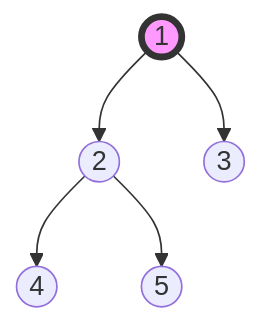
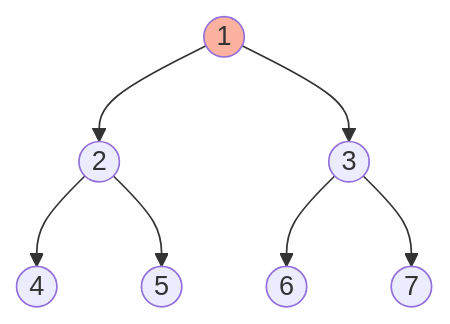
Before and after one commit to srinivasboini/interview-prep: the diagram in algorithms/algorithms/06-trees-binary-trees.md, drawn with Mermaid. The commit also changed other lines of this file and 50 other files, not shown here.

````diff
--- a/algorithms/algorithms/06-trees-binary-trees.md
+++ b/algorithms/algorithms/06-trees-binary-trees.md
@@ -46,9 +48,11 @@
 ```mermaid
 graph TD
     A((1)) --> B((2))
     A --> C((3))
     B --> D((4))
     B --> E((5))
+    C --> F((6))
+    C --> G((7))
     
-    style A fill:#f9f,stroke:#333,stroke-width:4px
+    style A fill:#fab1a0
 ```
````
